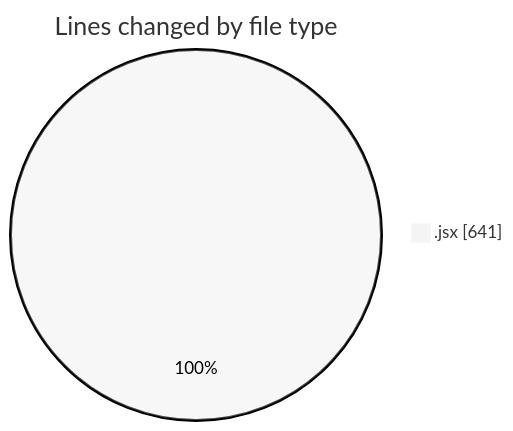
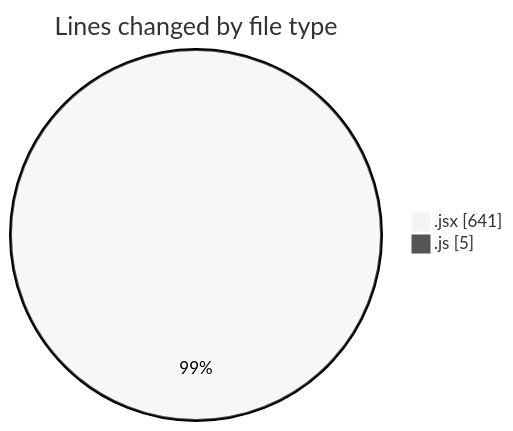
The first of 2 diagrams in 2025-06-28/argos/README.md (nxtqubesakshisongat/code-tracking), drawn with Mermaid (neutral theme) before and after one commit. The commit also changed other lines of this file and 1 other file, not shown here.

````diff
--- a/2025-06-28/argos/README.md
+++ b/2025-06-28/argos/README.md
@@ -20,5 +21,6 @@
 ```mermaid
 pie showData
 title Lines changed by file type
 ".jsx" : 641
+".js" : 5
 ```
````
